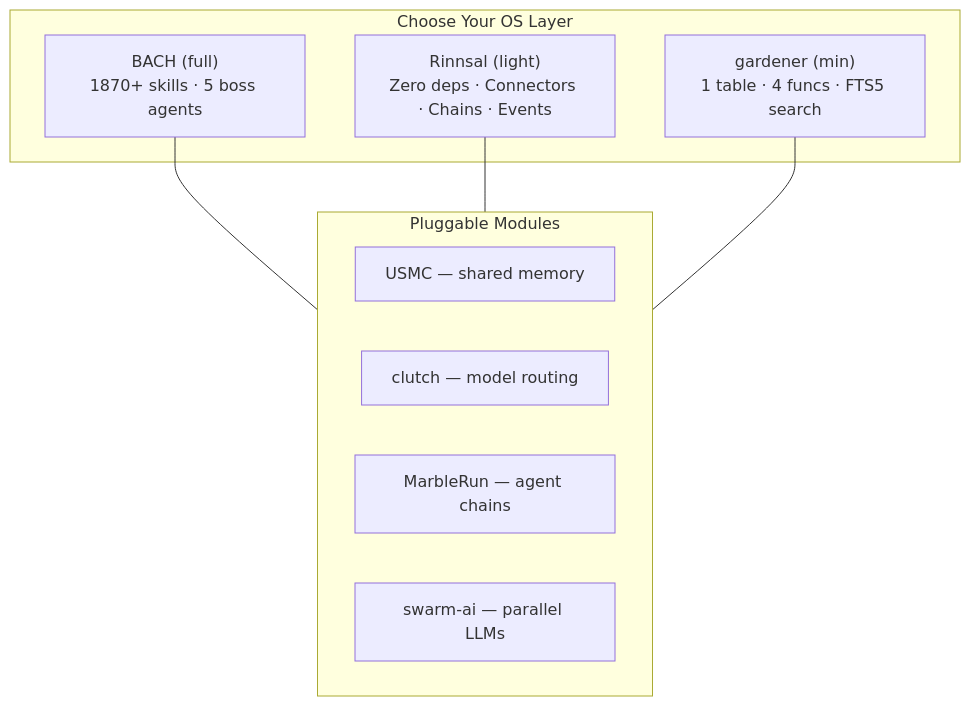
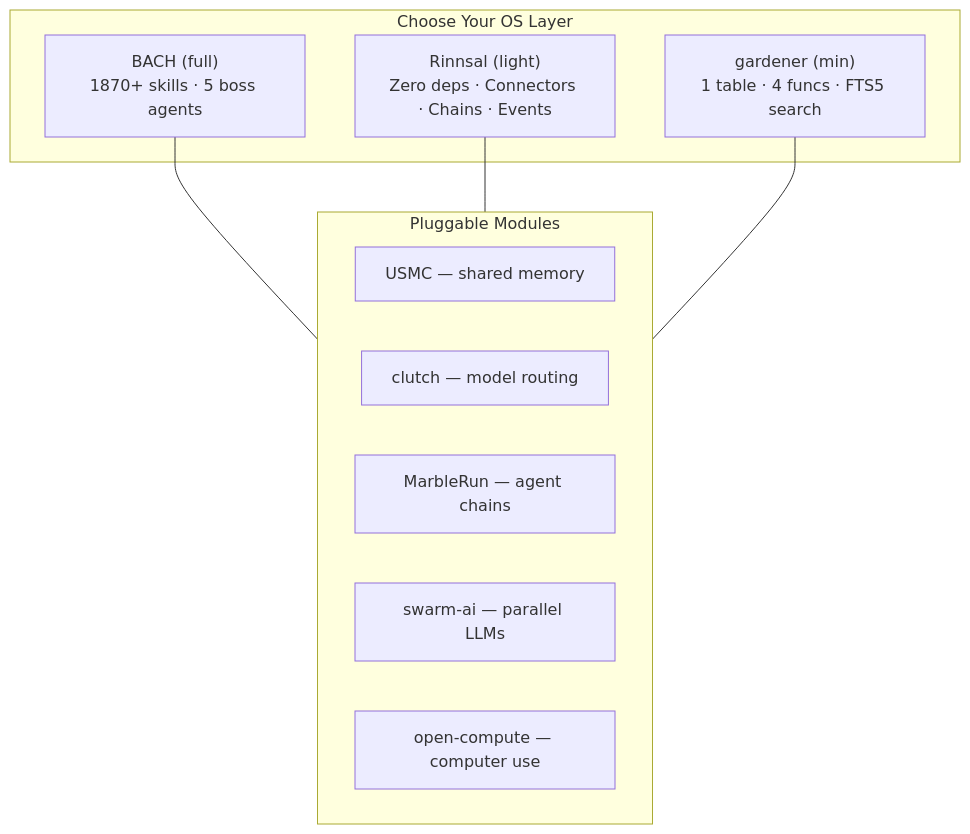
The diagram in profile/README.md (ellmos-ai/.github), drawn with Mermaid before and after one commit. The commit also changed other lines of this file and 3 other files, not shown here.

````diff
--- a/profile/README.md
+++ b/profile/README.md
@@ -114,17 +116,18 @@
 ```mermaid
 flowchart TD
   subgraph OS["Choose Your OS Layer"]
     BACH["BACH (full)<br/>1870+ skills · 5 boss agents"]
     RIN["Rinnsal (light)<br/>Zero deps · Connectors · Chains · Events"]
     GAR["gardener (min)<br/>1 table · 4 funcs · FTS5 search"]
   end
   subgraph MOD["Pluggable Modules"]
     USMC["USMC — shared memory"]
     CLUTCH["clutch — model routing"]
     MARBLE["MarbleRun — agent chains"]
     SWARM["swarm-ai — parallel LLMs"]
+    OCOMP["open-compute — computer use"]
   end
   BACH --- MOD
   RIN --- MOD
   GAR --- MOD
 ```
````
